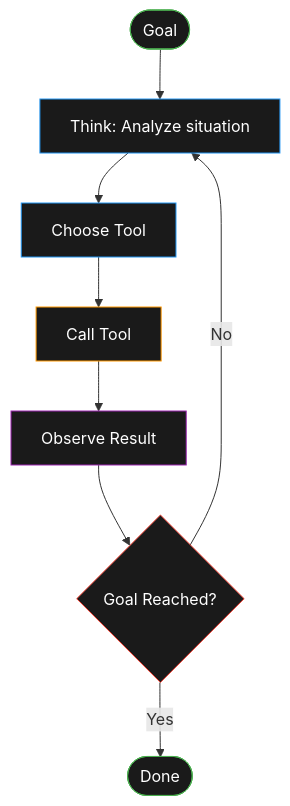
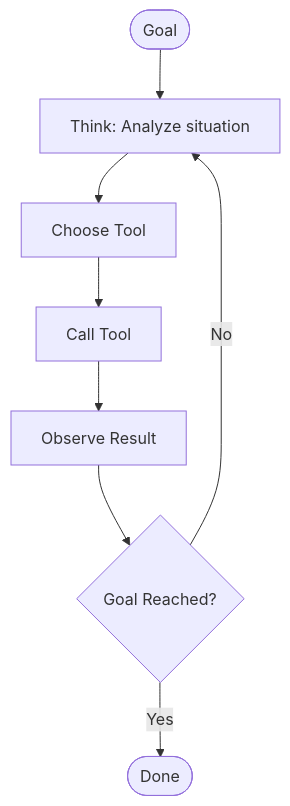
Before and after one commit to colmarius/colmarius.github.io: the diagram in src/content/posts/coding-with-agents-2025.md, drawn with Mermaid. The commit also changed 8 other files, not shown here.

Commit message:
Style mermaid diagrams

````diff
--- a/src/content/posts/coding-with-agents-2025.md
+++ b/src/content/posts/coding-with-agents-2025.md
@@ -54,18 +54,10 @@
 ```mermaid
 flowchart TD
     Start([Goal]) --> Think[Think: Analyze situation]
     Think --> Choose[Choose Tool]
     Choose --> Call[Call Tool]
     Call --> Observe[Observe Result]
     Observe --> Decide{Goal Reached?}
     Decide -->|No| Think
     Decide -->|Yes| End([Done])
-
-    style Start fill:#1a1a1a,stroke:#4CAF50,color:#fff
-    style End fill:#1a1a1a,stroke:#4CAF50,color:#fff
-    style Think fill:#1a1a1a,stroke:#2196F3,color:#fff
-    style Choose fill:#1a1a1a,stroke:#2196F3,color:#fff
-    style Call fill:#1a1a1a,stroke:#FF9800,color:#fff
-    style Observe fill:#1a1a1a,stroke:#9C27B0,color:#fff
-    style Decide fill:#1a1a1a,stroke:#F44336,color:#fff
 ```
````
